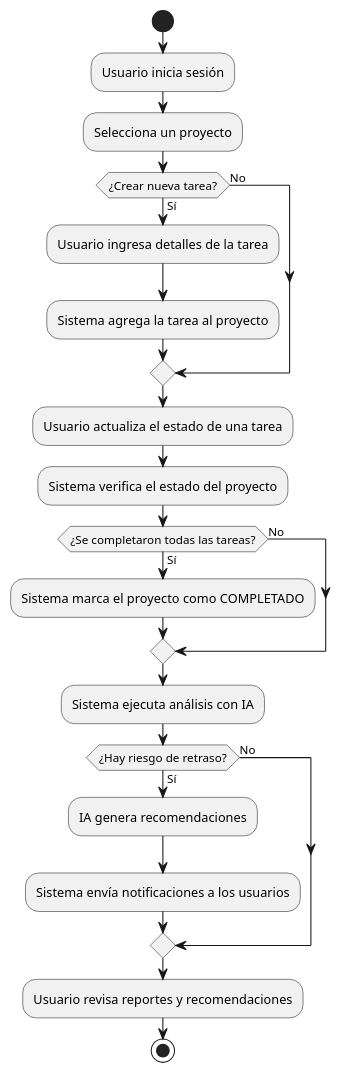
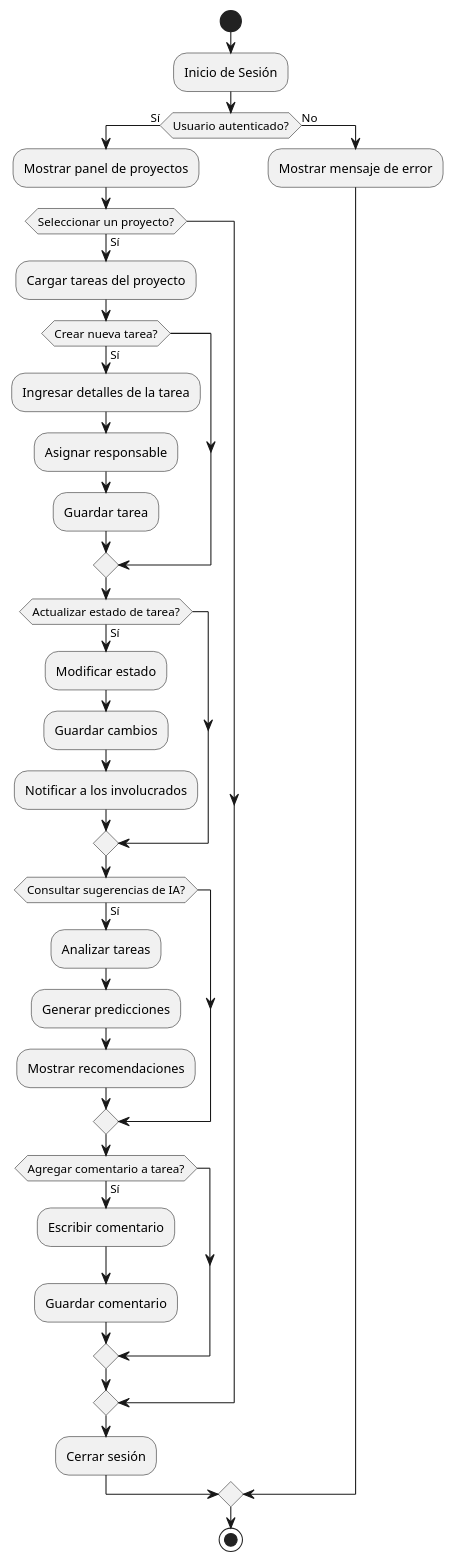
Before and after one commit to dxn1l/GestorProyectosIA: the diagram in Docs/Diagramas/Actividades.puml, drawn with PlantUML. The commit also changed 6 other files, not shown here.

Commit message:
[CHANGE] diagramas de platUML

```diff
--- a/Docs/Diagramas/Actividades.puml
+++ b/Docs/Diagramas/Actividades.puml
@@ -1,32 +1,37 @@
 @startuml
 
 start
 
-:Usuario inicia sesión;
-:Selecciona un proyecto;
-
-if (¿Crear nueva tarea?) then (Sí)
-    :Usuario ingresa detalles de la tarea;
-    :Sistema agrega la tarea al proyecto;
+:Inicio de Sesión;
+if (Usuario autenticado?) then (Sí)
+  :Mostrar panel de proyectos;
+  if (Seleccionar un proyecto?) then (Sí)
+    :Cargar tareas del proyecto;
+    if (Crear nueva tarea?) then (Sí)
+      :Ingresar detalles de la tarea;
+      :Asignar responsable;
+      :Guardar tarea;
+    endif
+    if (Actualizar estado de tarea?) then (Sí)
+      :Modificar estado;
+      :Guardar cambios;
+      :Notificar a los involucrados;
+    endif
+    if (Consultar sugerencias de IA?) then (Sí)
+      :Analizar tareas;
+      :Generar predicciones;
+      :Mostrar recomendaciones;
+    endif
+    if (Agregar comentario a tarea?) then (Sí)
+      :Escribir comentario;
+      :Guardar comentario;
+    endif
+  endif
+  :Cerrar sesión;
 else (No)
+  :Mostrar mensaje de error;
 endif
 
-:Usuario actualiza el estado de una tarea;
-:Sistema verifica el estado del proyecto;
-
-if (¿Se completaron todas las tareas?) then (Sí)
-    :Sistema marca el proyecto como COMPLETADO;
-else (No)
-endif
-
-:Sistema ejecuta análisis con IA;
-if (¿Hay riesgo de retraso?) then (Sí)
-    :IA genera recomendaciones;
-    :Sistema envía notificaciones a los usuarios;
-else (No)
-endif
-
-:Usuario revisa reportes y recomendaciones;
 stop
 
 @enduml
```
